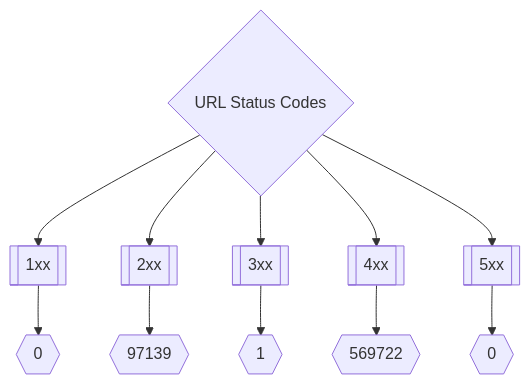
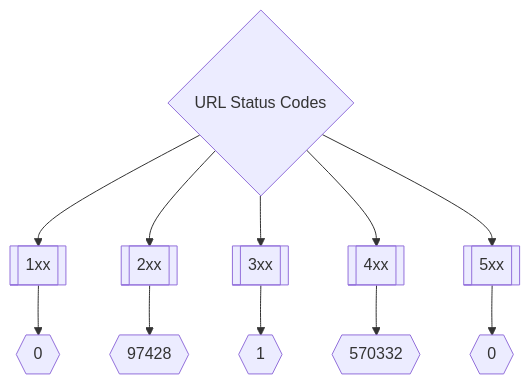
One commit to trickest/inventory changed the second of 3 diagrams in README.md. Above: the diagram before and after it, drawn with Mermaid. The commit also changed other lines of this file, not shown here.

Commit message:
Update README.md Sun Jul 17 21:12:56 UTC 2022

````diff
--- a/README.md
+++ b/README.md
@@ -175,8 +175,8 @@
 ```mermaid
 graph TD
 title{URL Status Codes} --> 1xx[[1xx]] --> status1xxNum{{0}}
-title --> 2xx[[2xx]] --> status2xxNum{{97139}}
+title --> 2xx[[2xx]] --> status2xxNum{{97428}}
 title --> 3xx[[3xx]] --> status3xxNum{{1}}
-title --> 4xx[[4xx]] --> status4xxNum{{569722}}
+title --> 4xx[[4xx]] --> status4xxNum{{570332}}
 title --> 5xx[[5xx]] --> status5xxNum{{0}}
 ```
````
